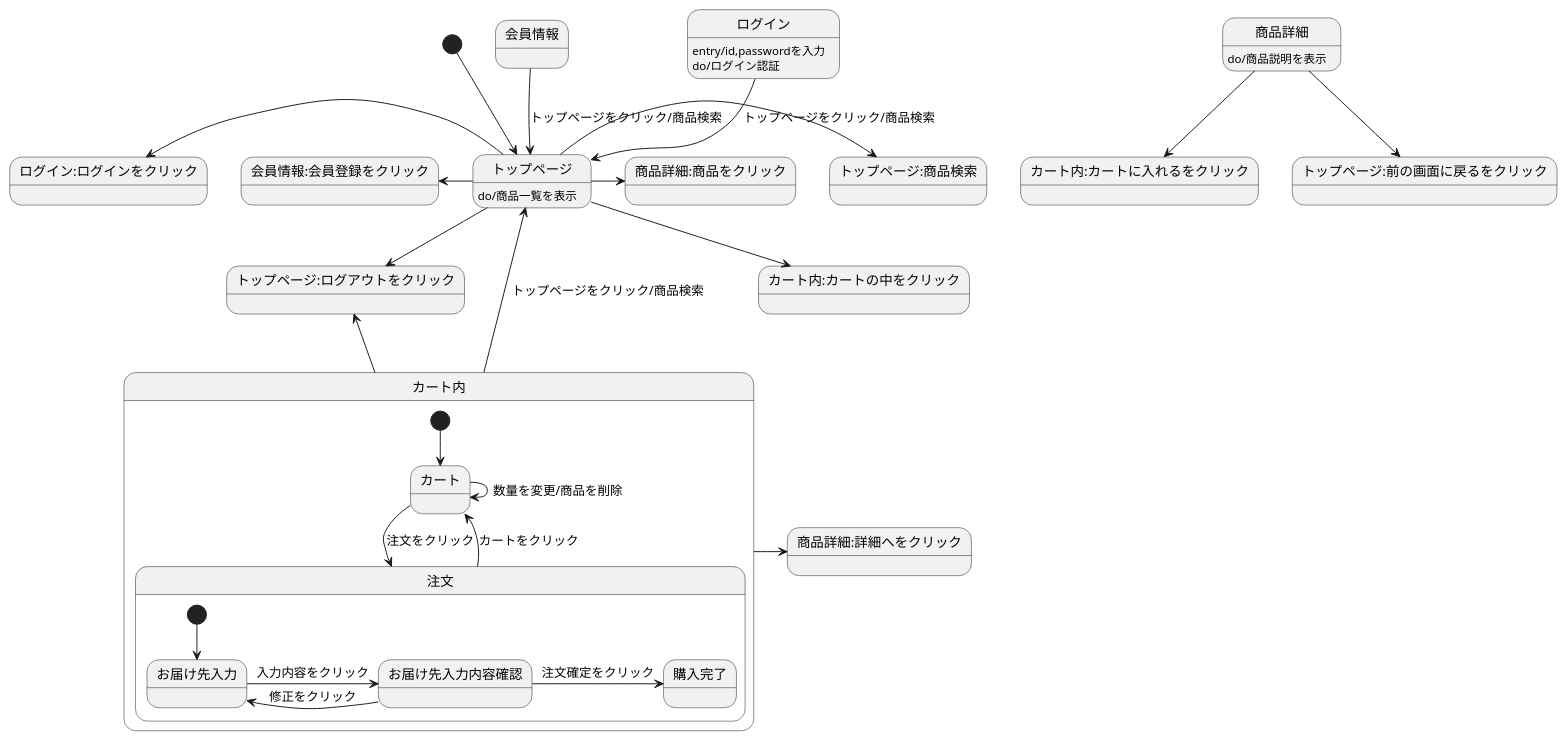
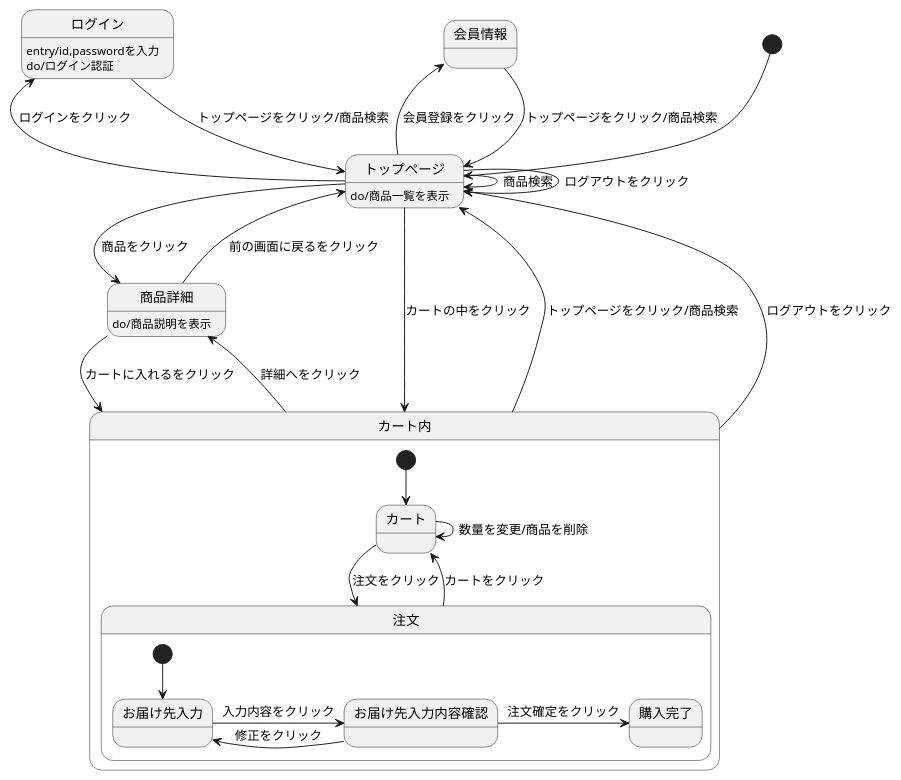
One commit to Aso2101121/2021sys-design changed the diagram in samplegamen.md. Above: the diagram before and after it, drawn with PlantUML.

````diff
--- a/samplegamen.md
+++ b/samplegamen.md
@@ -1,35 +1,35 @@
 ```uml
 @startuml
 [*] --> トップページ
 会員情報 --> トップページ:トップページをクリック/商品検索
 ログイン --> トップページ:トップページをクリック/商品検索
 ログイン:entry/id,passwordを入力
 ログイン:do/ログイン認証
-トップページ --> トップページ:ログアウトをクリック
-トップページ -> トップページ:商品検索
-トップページ -> 商品詳細:商品をクリック
-トップページ -left->会員情報:会員登録をクリック
-トップページ -left-> ログイン:ログインをクリック
-トップページ --> カート内:カートの中をクリック
+トップページ --> トップページ : ログアウトをクリック
+トップページ -> トップページ : 商品検索
+トップページ -> 商品詳細 : 商品をクリック
+トップページ -left->会員情報 : 会員登録をクリック
+トップページ -left-> ログイン : ログインをクリック
+トップページ --> カート内 : カートの中をクリック
 トップページ:do/商品一覧を表示
-商品詳細 --> カート内:カートに入れるをクリック
-商品詳細 --> トップページ:前の画面に戻るをクリック
+商品詳細 --> カート内 : カートに入れるをクリック
+商品詳細 --> トップページ : 前の画面に戻るをクリック
 商品詳細:do/商品説明を表示
-カート内 -up-> トップページ:トップページをクリック/商品検索
-カート内 -up-> トップページ:ログアウトをクリック
-カート内 -> 商品詳細:詳細へをクリック
+カート内 -up-> トップページ : トップページをクリック/商品検索
+カート内 -up-> トップページ : ログアウトをクリック
+カート内 -> 商品詳細 : 詳細へをクリック
 
 state カート内 {
 [*] --> カート
 カート -> 注文 : 注文をクリック
 カート -> カート : 数量を変更/商品を削除
 注文 --> カート : カートをクリック
 state 注文 {
 [*] --> お届け先入力
 お届け先入力 -> お届け先入力内容確認 : 入力内容をクリック
 お届け先入力内容確認 -> お届け先入力 : 修正をクリック
 お届け先入力内容確認 -> 購入完了 : 注文確定をクリック
 }
 }
 @enduml
 ```
````
